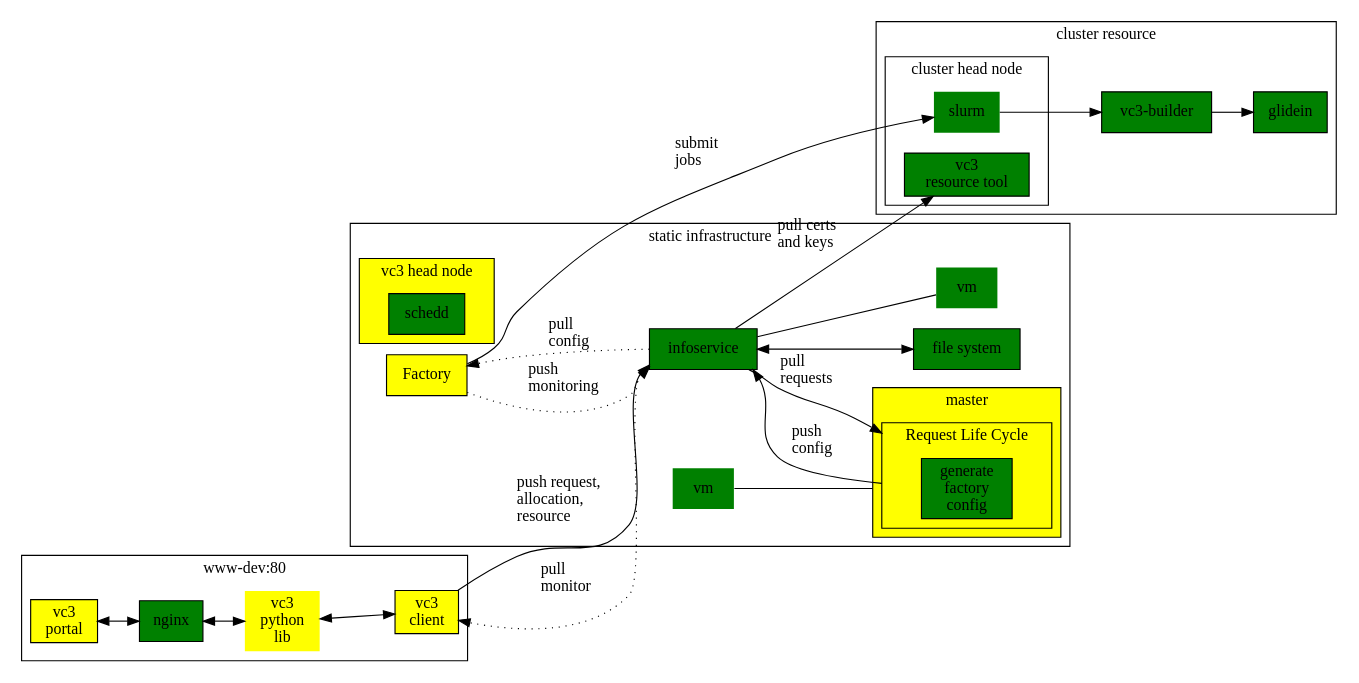
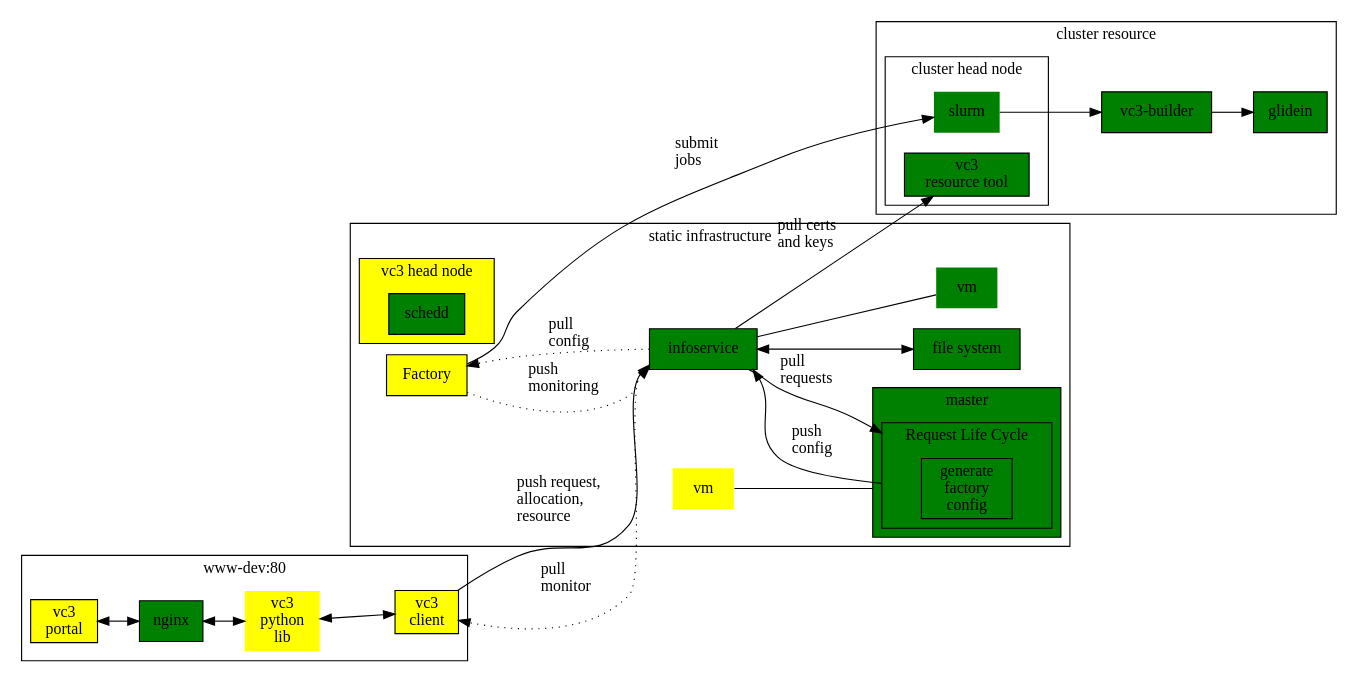
Before and after one commit to vc3-project/vc3-docs: the diagram in diagrams/all_semaphore_092017.dot, drawn with Graphviz.

Commit message:
master mostly green

```diff
--- a/diagrams/all_semaphore_092017.dot
+++ b/diagrams/all_semaphore_092017.dot
@@ -1,100 +1,100 @@
 digraph vc3 {
     compound    = true;
     #concentrate = true;
     labelloc    = "tl";
     rankdir     = "LR";
 
     node [shape=box, style=filled];
 
 
     subgraph cluster_web {
         label = "www-dev:80";
 
         nginx         [fillcolor=green];
         vc3lib_web    [label = "vc3\npython\nlib"][shape="none"][fillcolor = yellow];
         vc3client_web [label = "vc3\nclient"][fillcolor = yellow];
 
         portal        [label = "vc3\nportal"][fillcolor = yellow];
 
         nginx         -> vc3lib_web    [dir = both];
         vc3lib_web    -> vc3client_web [dir = both];
 
         portal        -> nginx         [dir = both];
     }
 
     subgraph cluster_static {
         label = "static infrastructure";
 
-        vmmaster     [label = "vm"][shape = none][fillcolor = green];
+        vmmaster     [label = "vm"][shape = none][fillcolor = yellow];
         apf          [label = "Factory"][fillcolor = yellow];
 
         subgraph cluster_infoservice {
             label     = "";
             style     = invis;
             infoservice  [fillcolor = green];
             fsinfo       [label="file system"][fillcolor = green];
             vminfo       [label = "vm"][shape = none][fillcolor = green];
 
             infoservice  -> vminfo  [dir = none];
             infoservice  -> fsinfo  [dir = both];
         }
 
         subgraph cluster_headnode {
             style     = filled;
             fillcolor = yellow;
 
             label = "vc3 head node";
             
             schedd [ label = "schedd" ][ fillcolor = "green" ];
         }
 
         subgraph cluster_master {
             style     = filled;
-            fillcolor = yellow;
+            fillcolor = green;
 
             label = "master";
 
             subgraph cluster_request_lc
                 {
                     label = "Request Life Cycle";
-                    fillcolor = yellow;
+                    fillcolor = green;
                     genconf [label = "generate\nfactory\nconfig"][fillcolor = green];
                 }
         }
 
         infoservice  -> genconf      [label = "pull\lrequests\l", lhead = cluster_request_lc];
         genconf      -> infoservice  [label = "push\lconfig\l", ltail = cluster_request_lc];
 
         infoservice  -> apf         [label = "pull\lconfig\l"][style = dotted];
         apf          -> infoservice [label = "push\lmonitoring\l"][style = dotted];
 
         vmmaster     -> genconf     [lhead = cluster_master][dir = none];
     }
 
     subgraph cluster_dynamic {
         label = "dynamic infrastructure";
     }
 
     subgraph cluster_resource {
         label = "cluster resource";
 
         subgraph cluster_resource_head_node {
             label = "cluster head node";
             vc3resourcetool [label = "vc3\nresource tool"][fillcolor = green];
             slurm           [shape = none][fillcolor = green];
         }
 
         vc3builder   [label = "vc3-builder"][fillcolor = green];
         glidein      [fillcolor = green];
 
         slurm        -> vc3builder;
         vc3builder   -> glidein;
     }
 
     vc3client_web -> infoservice   [ label = "push request,\lallocation,\lresource\l" ];
     infoservice   -> vc3client_web [ label = "pull\lmonitor\l" ][style = dotted];
 
     apf          -> slurm       [label = "\n\nsubmit\ljobs\l"];
 
     infoservice -> vc3resourcetool [label = "\n\n\npull certs\land keys\l"];
 }
```
